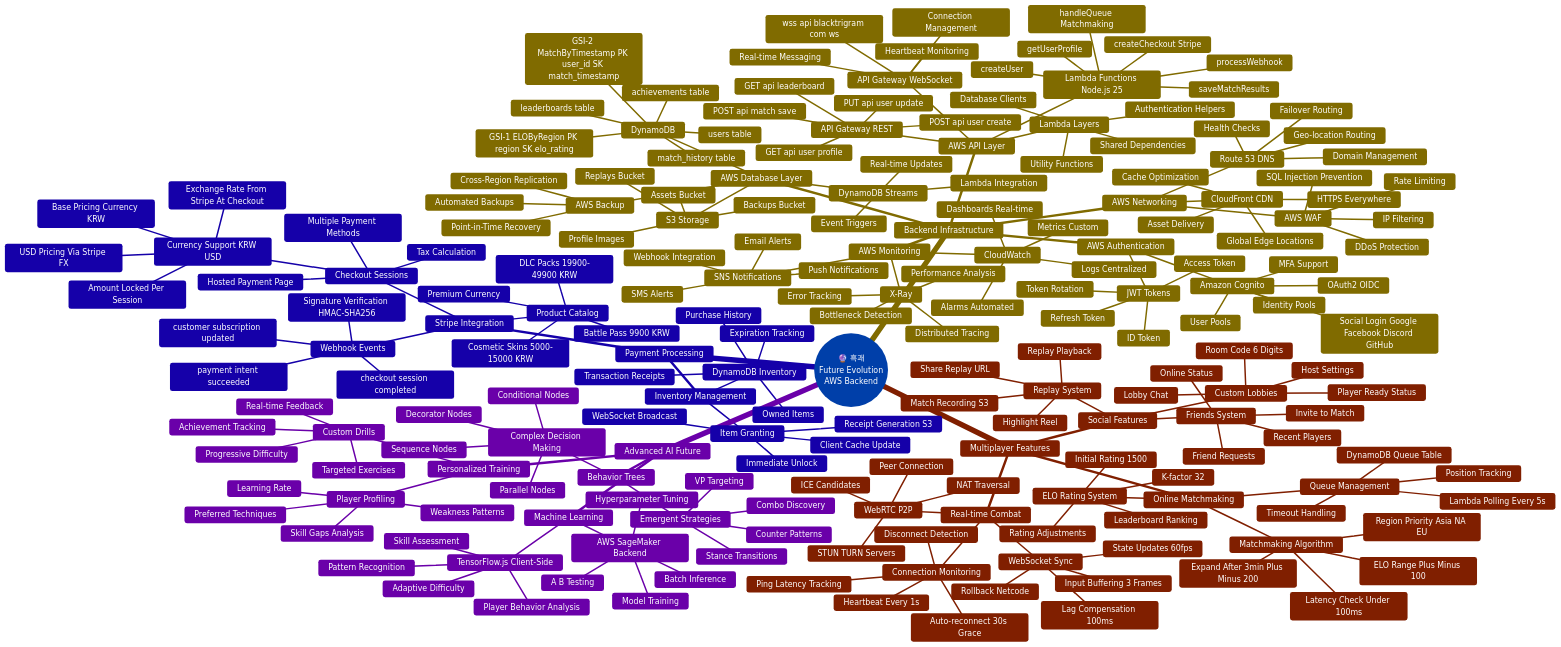
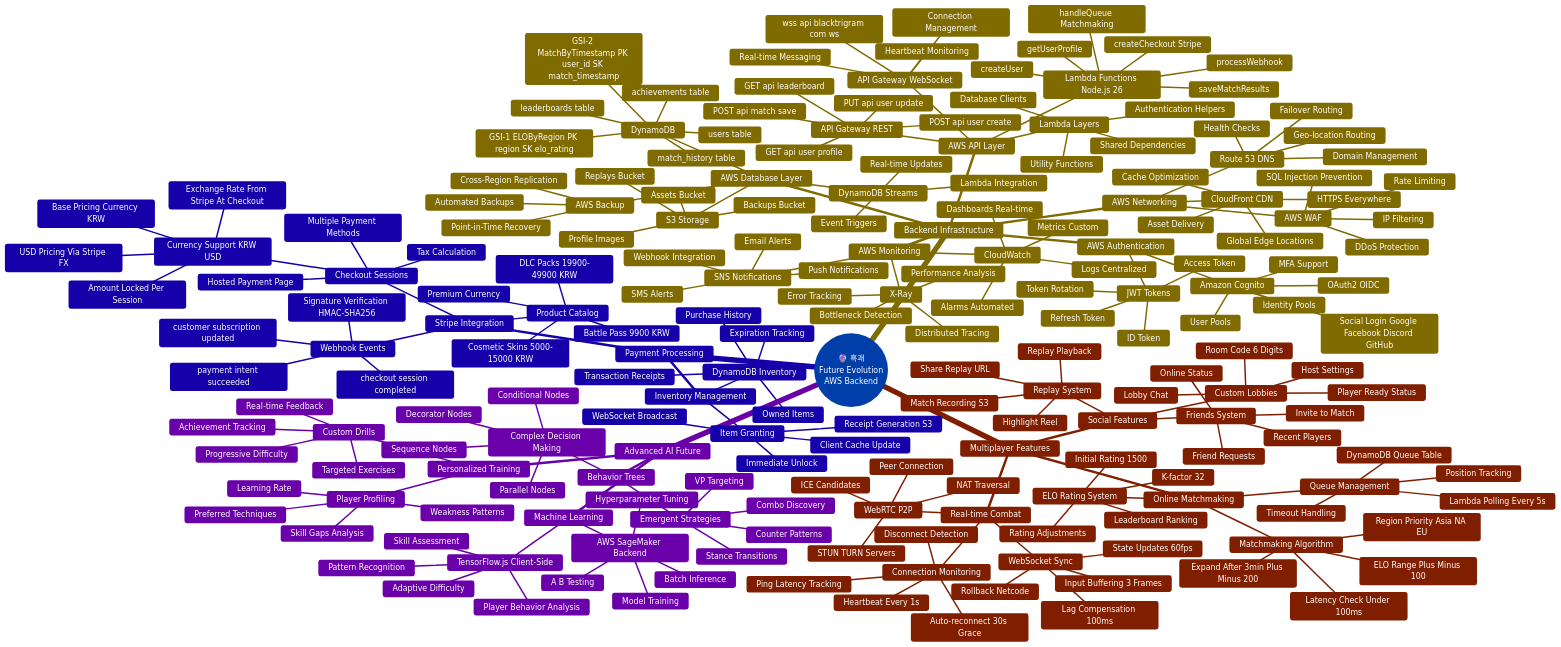
The first of 4 diagrams in FUTURE_MINDMAP.md (Hack23/blacktrigram), drawn with Mermaid before and after one commit. The commit also changed 24 other files, not shown here.

```diff
--- a/FUTURE_MINDMAP.md
+++ b/FUTURE_MINDMAP.md
@@ -71,7 +71,7 @@
           Connection Management
           Real-time Messaging
           Heartbeat Monitoring
-        Lambda Functions Node.js 25
+        Lambda Functions Node.js 26
           getUserProfile
           createUser
           saveMatchResults
```
